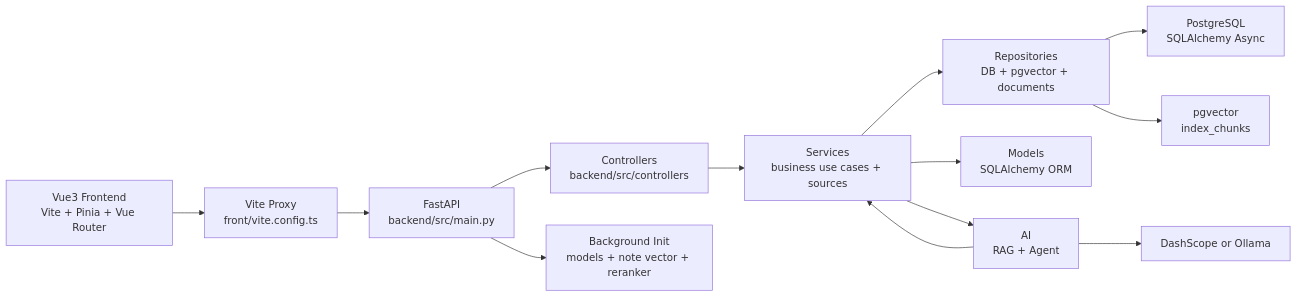
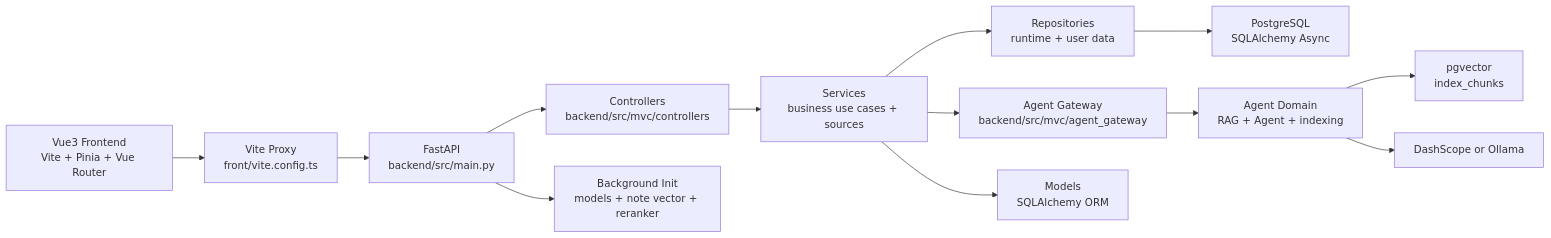
Before and after one commit to Forgerly-OR-Henry/RAGNotebook-Plus: the diagram in docs/developer_guide.md, drawn with Mermaid. The commit also changed other lines of this file and 214 other files, not shown here.

Commit message:
Refactor backend storage and document schema

````diff
--- a/docs/developer_guide.md
+++ b/docs/developer_guide.md
@@ -7,15 +7,15 @@
 ```mermaid
 flowchart LR
     Browser["Vue3 Frontend\nVite + Pinia + Vue Router"] --> Proxy["Vite Proxy\nfront/vite.config.ts"]
     Proxy --> API["FastAPI\nbackend/src/main.py"]
-    API --> Controllers["Controllers\nbackend/src/controllers"]
+    API --> Controllers["Controllers\nbackend/src/mvc/controllers"]
     Controllers --> Services["Services\nbusiness use cases + sources"]
-    Services --> Repos["Repositories\nDB + pgvector + documents"]
+    Services --> Gateway["Agent Gateway\nbackend/src/mvc/agent_gateway"]
+    Services --> Repos["Repositories\nruntime + user data"]
     Services --> Models["Models\nSQLAlchemy ORM"]
     Repos --> PG["PostgreSQL\nSQLAlchemy Async"]
-    Repos --> Vec["pgvector\nindex_chunks"]
-    Services --> AI["AI\nRAG + Agent"]
-    AI --> Services
+    Gateway --> AI["Agent Domain\nRAG + Agent + indexing"]
+    AI --> Vec["pgvector\nindex_chunks"]
     AI --> LLM["DashScope or Ollama"]
     API --> Init["Background Init\nmodels + note vector + reranker"]
 ```
````
